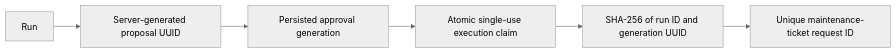
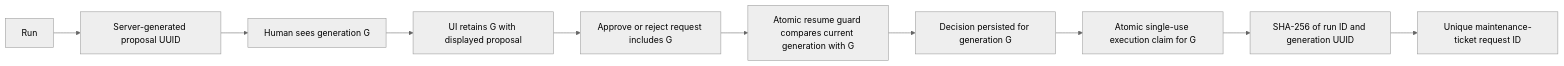
One commit to aboerzel/industrial-ai-agent changed the diagram in docs/decisions/ADR-011-agent-persistence-and-human-in-the-loop.md. Above: the diagram before and after it, drawn with Mermaid (neutral theme). The commit also changed other lines of this file and 24 other files, not shown here.

First line of the commit message:
fix(hitl): bind human decisions to approval generations

````diff
--- a/docs/decisions/ADR-011-agent-persistence-and-human-in-the-loop.md
+++ b/docs/decisions/ADR-011-agent-persistence-and-human-in-the-loop.md
@@ -122,8 +122,12 @@
 ```mermaid
 flowchart LR
     R[Run] --> P[Server-generated proposal UUID]
-    P --> A[Persisted approval generation]
-    A --> C[Atomic single-use execution claim]
+    P --> H[Human sees generation G]
+    H --> U[UI retains G with displayed proposal]
+    U --> D[Approve or reject request includes G]
+    D --> V[Atomic resume guard compares current generation with G]
+    V --> A[Decision persisted for generation G]
+    A --> C[Atomic single-use execution claim for G]
     C --> K[SHA-256 of run ID and generation UUID]
     K --> T[Unique maintenance-ticket request ID]
 ```
````
